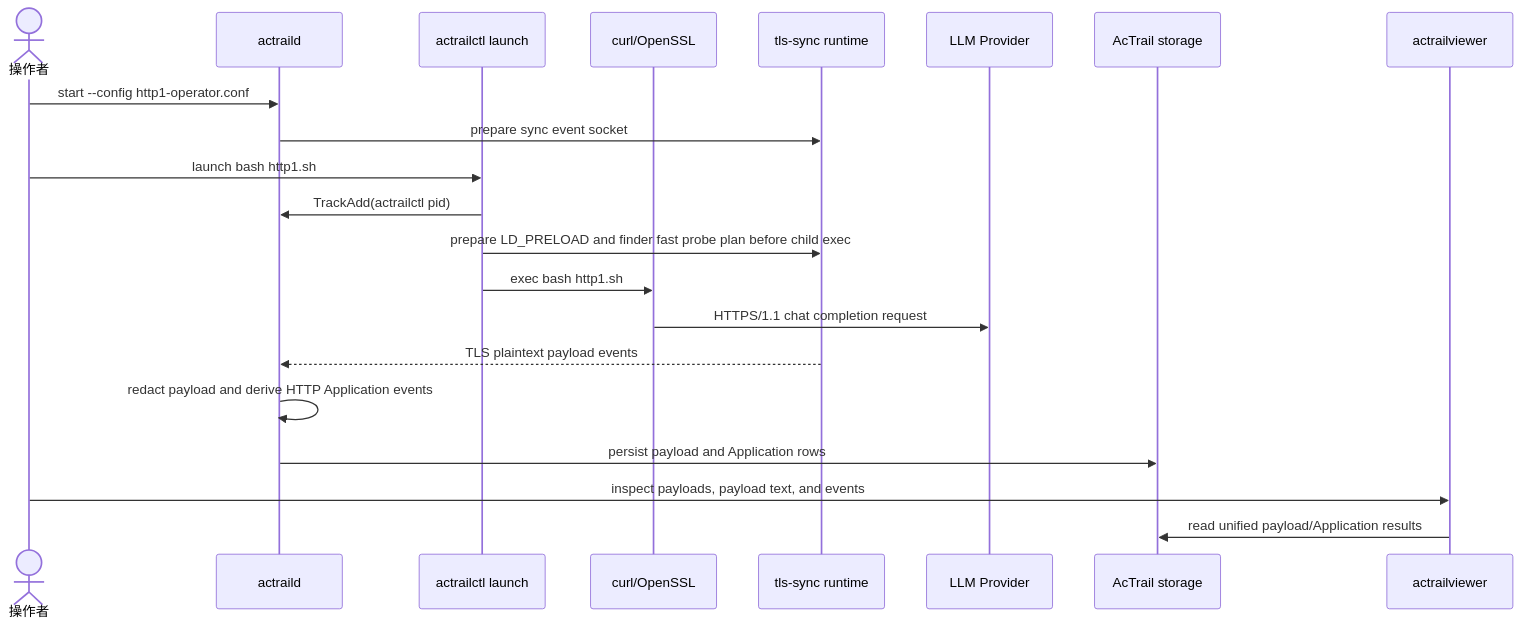
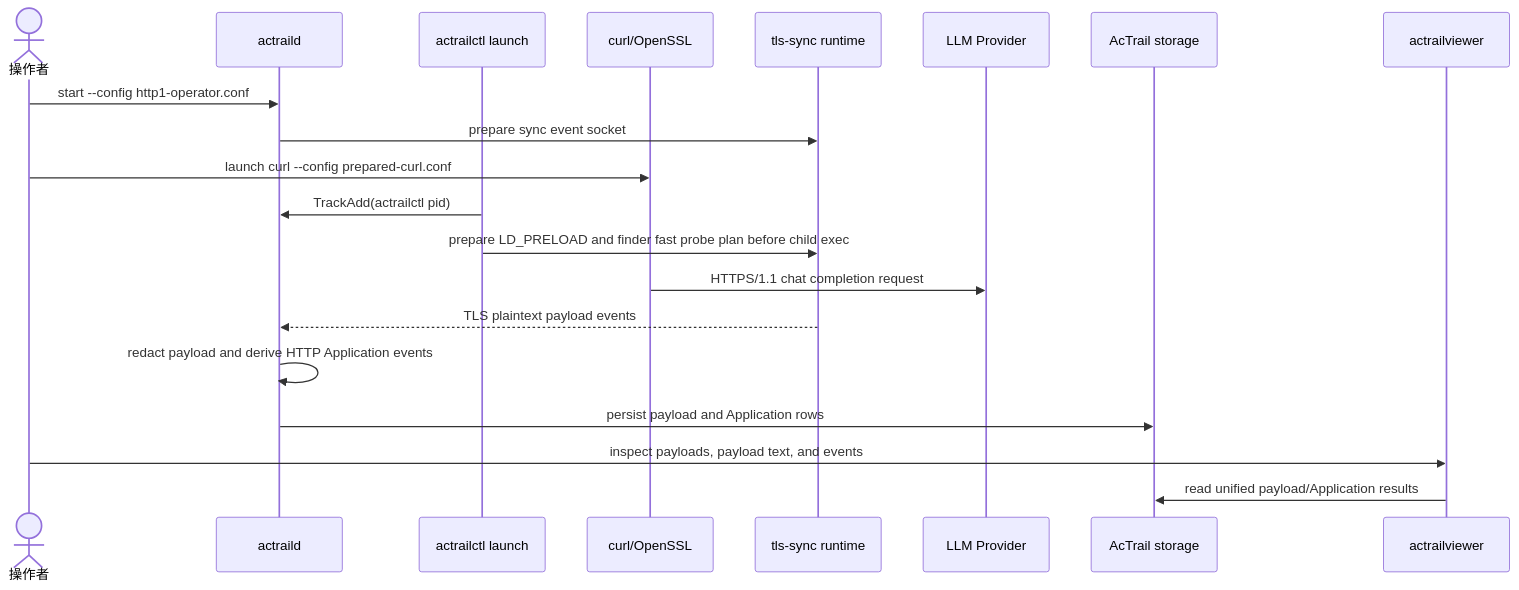
Before and after one commit to openeuler-mirror/AcTrail: the first of 3 diagrams in docs/examples/02.llm-http-payload-capture/README.md, drawn with Mermaid. The commit also changed other lines of this file and 213 other files, not shown here.

````diff
--- a/docs/examples/02.llm-http-payload-capture/README.md
+++ b/docs/examples/02.llm-http-payload-capture/README.md
@@ -14,24 +14,23 @@
 ```mermaid
 sequenceDiagram
     actor User as 操作者
     participant Daemon as actraild
     participant Launcher as actrailctl launch
     participant Curl as curl/OpenSSL
     participant Runtime as tls-sync runtime
     participant Provider as LLM Provider
     participant Store as AcTrail storage
     participant Viewer as actrailviewer
 
     User->>Daemon: start --config http1-operator.conf
     Daemon->>Runtime: prepare sync event socket
-    User->>Launcher: launch bash http1.sh
+    User->>Curl: launch curl --config prepared-curl.conf
     Launcher->>Daemon: TrackAdd(actrailctl pid)
     Launcher->>Runtime: prepare LD_PRELOAD and finder fast probe plan before child exec
-    Launcher->>Curl: exec bash http1.sh
     Curl->>Provider: HTTPS/1.1 chat completion request
     Runtime-->>Daemon: TLS plaintext payload events
     Daemon->>Daemon: redact payload and derive HTTP Application events
     Daemon->>Store: persist payload and Application rows
     User->>Viewer: inspect payloads, payload text, and events
     Viewer->>Store: read unified payload/Application results
 ```
````
